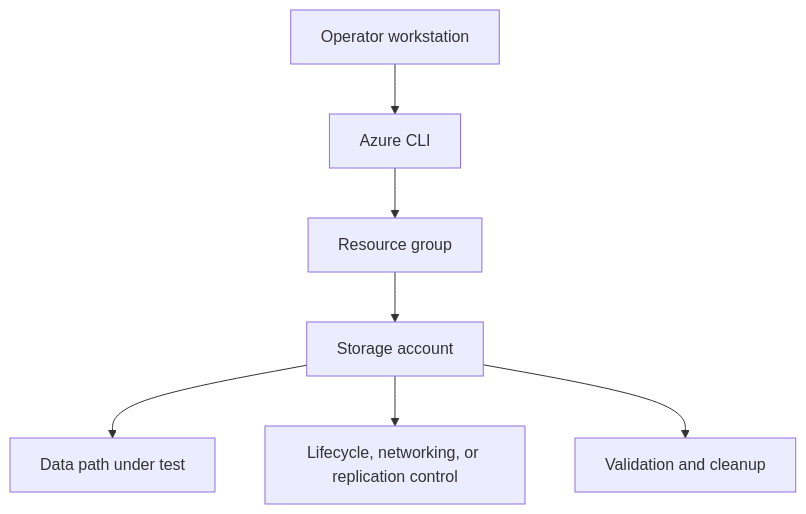
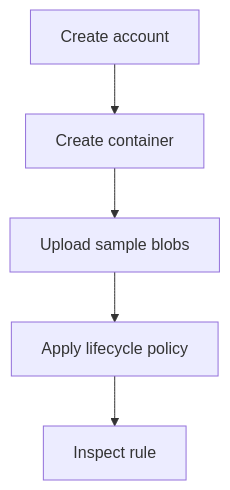
One commit to yeongseon/azure-storage-practical-guide changed the diagram in docs/tutorials/lab-guides/lab-01-blob-lifecycle-management.md. Above: the diagram before and after it, drawn with Mermaid. The commit also changed other lines of this file and 90 other files, not shown here.

````diff
--- a/docs/tutorials/lab-guides/lab-01-blob-lifecycle-management.md
+++ b/docs/tutorials/lab-guides/lab-01-blob-lifecycle-management.md
@@ -25,9 +41,12 @@
 ```mermaid
 flowchart TD
-    A[Operator workstation] --> B[Azure CLI]
-    B --> C[Resource group]
-    C --> D[Storage account]
-    D --> E[Data path under test]
-    D --> F[Lifecycle, networking, or replication control]
-    D --> G[Validation and cleanup]
+    A[Create account]
+    B[Create container]
+    A --> B
+    C[Upload sample blobs]
+    B --> C
+    D[Apply lifecycle policy]
+    C --> D
+    E[Inspect rule]
+    D --> E
 ```
````
